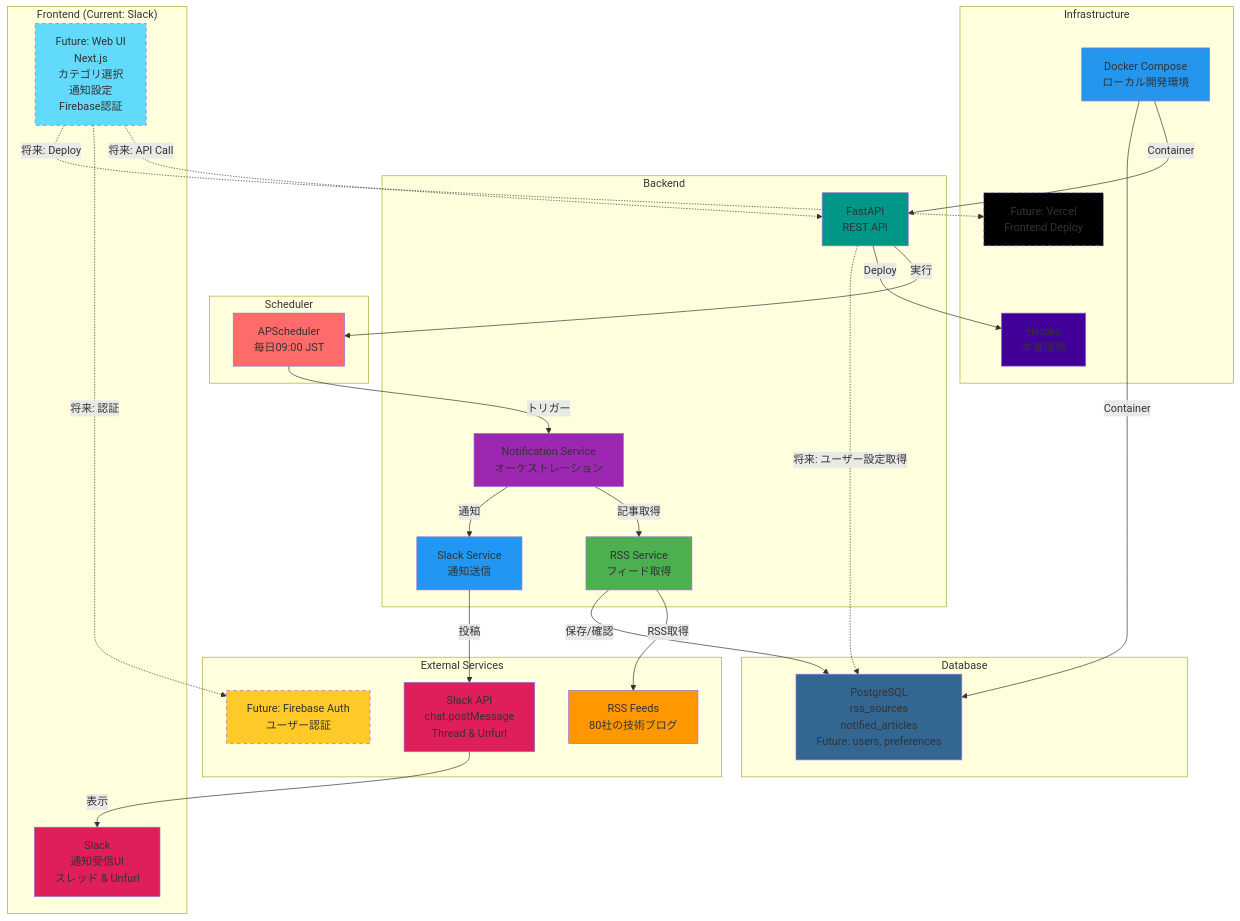
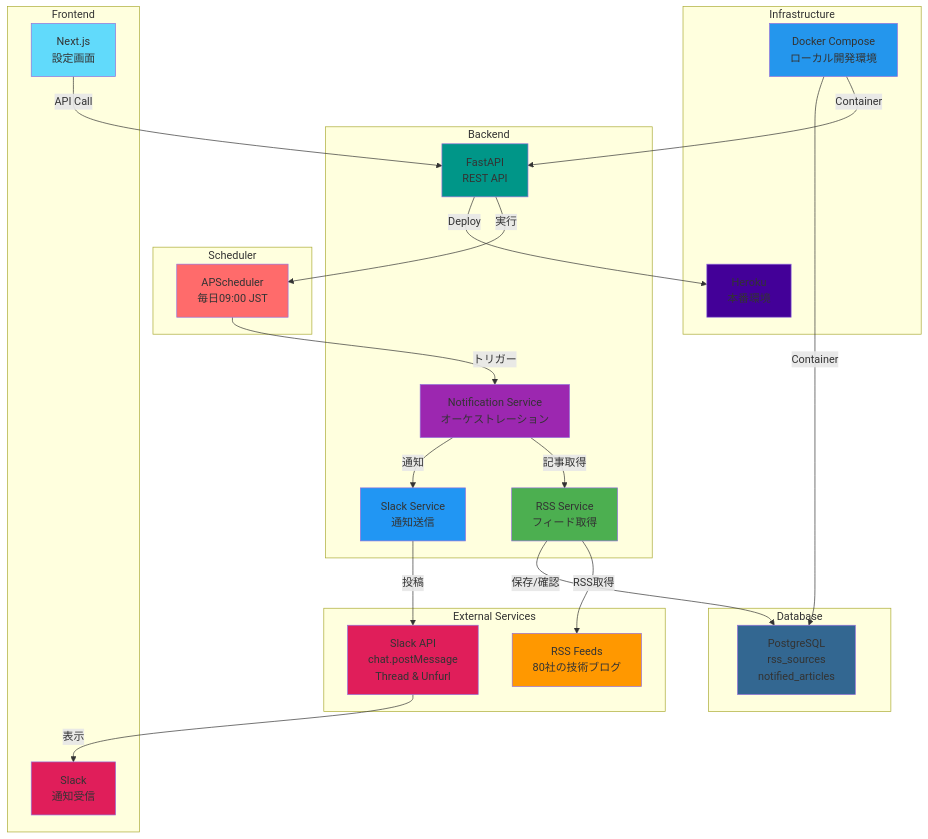
One commit to yukito-takeuchi/slack-bot changed the first of 2 diagrams in README.md. Above: the diagram before and after it, drawn with Mermaid. The commit also changed other lines of this file, not shown here.

````diff
--- a/README.md
+++ b/README.md
@@ -15,66 +15,58 @@
 ```mermaid
 graph TB
-    subgraph "Frontend (Current: Slack)"
-        UI[Slack<br/>通知受信UI<br/>スレッド & Unfurl]
-        FutureFE[Future: Web UI<br/>Next.js<br/>カテゴリ選択<br/>通知設定<br/>Firebase認証]
+    subgraph "Frontend"
+        UI1[Slack<br/>通知受信]
+        UI2[Next.js<br/>設定画面]
     end
 
     subgraph "Scheduler"
         A[APScheduler<br/>毎日09:00 JST]
     end
 
     subgraph "Backend"
         B[FastAPI<br/>REST API]
         C[RSS Service<br/>フィード取得]
         D[Slack Service<br/>通知送信]
         E[Notification Service<br/>オーケストレーション]
     end
 
     subgraph "Database"
-        F[PostgreSQL<br/>rss_sources<br/>notified_articles<br/>Future: users, preferences]
+        F[PostgreSQL<br/>rss_sources<br/>notified_articles]
     end
 
     subgraph "External Services"
         G[Slack API<br/>chat.postMessage<br/>Thread & Unfurl]
         H[RSS Feeds<br/>80社の技術ブログ]
-        Auth[Future: Firebase Auth<br/>ユーザー認証]
     end
 
     subgraph "Infrastructure"
         I[Docker Compose<br/>ローカル開発環境]
         J[Heroku<br/>本番環境]
-        K[Future: Vercel<br/>Frontend Deploy]
     end
 
     A -->|トリガー| E
     E -->|記事取得| C
     C -->|RSS取得| H
     C -->|保存/確認| F
     E -->|通知| D
     D -->|投稿| G
-    G -->|表示| UI
+    G -->|表示| UI1
+    UI2 -->|API Call| B
     B -->|実行| A
     I -->|Container| B
     I -->|Container| F
     B -->|Deploy| J
 
-    FutureFE -.->|将来: API Call| B
-    FutureFE -.->|将来: 認証| Auth
-    FutureFE -.->|将来: Deploy| K
-    B -.->|将来: ユーザー設定取得| F
-
-    style UI fill:#e01e5a
-    style FutureFE fill:#61dafb,stroke-dasharray: 5 5
+    style UI1 fill:#e01e5a
+    style UI2 fill:#61dafb
     style A fill:#ff6b6b
     style B fill:#009688
     style C fill:#4caf50
     style D fill:#2196f3
     style E fill:#9c27b0
     style F fill:#336791
     style G fill:#e01e5a
     style H fill:#ff9800
-    style Auth fill:#ffca28,stroke-dasharray: 5 5
     style I fill:#2496ed
     style J fill:#430098
-    style K fill:#000000,stroke-dasharray: 5 5
 ```
````
